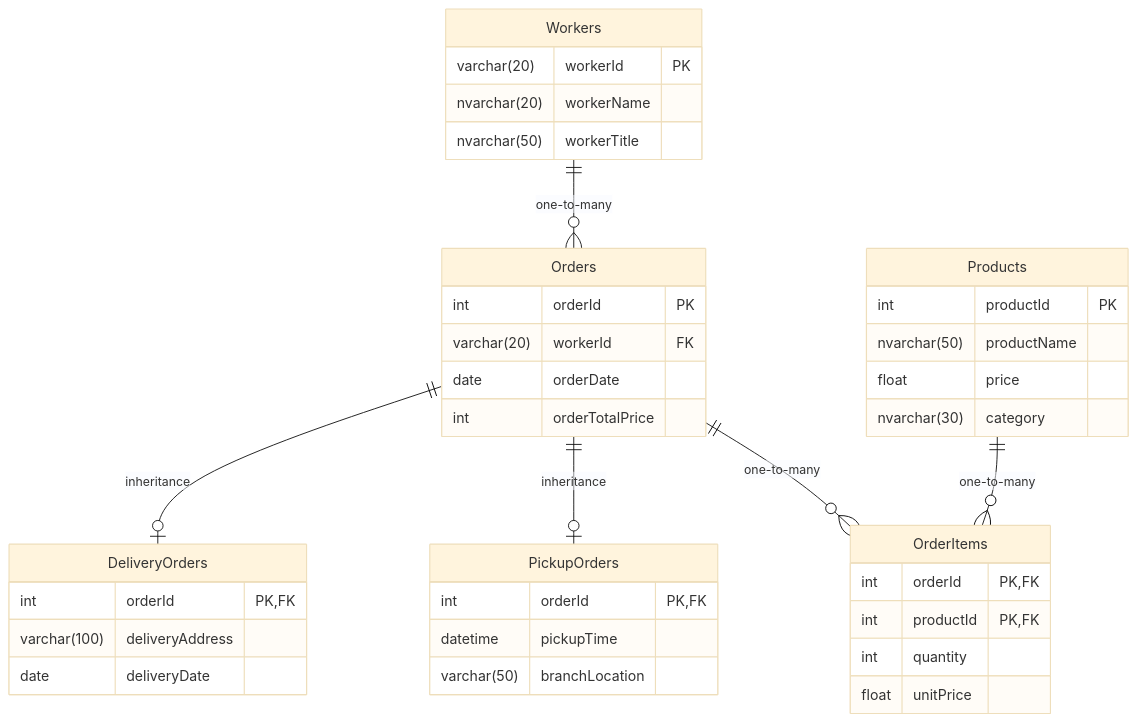
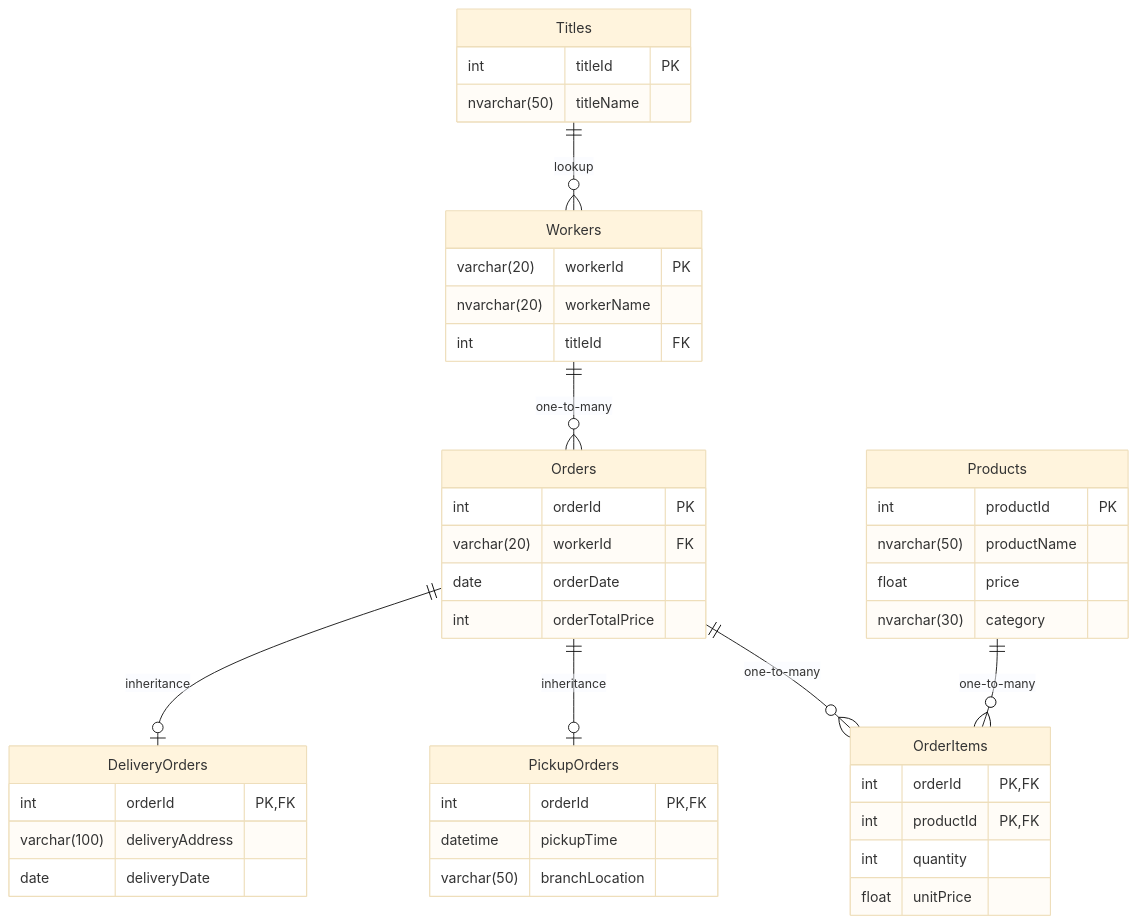
One commit to dcodish/SAD-sample-project changed the second of 3 diagrams in docs/09-diagrams.md. Above: the diagram before and after it, drawn with Mermaid (base theme). The commit also changed other lines of this file and 7 other files, not shown here.

````diff
--- a/docs/09-diagrams.md
+++ b/docs/09-diagrams.md
@@ -116,47 +122,53 @@
 ```mermaid
 erDiagram
+    Titles {
+        int titleId PK
+        nvarchar(50) titleName
+    }
+
     Workers {
         varchar(20) workerId PK
         nvarchar(20) workerName
-        nvarchar(50) workerTitle
+        int titleId FK
     }
 
     Orders {
         int orderId PK
         varchar(20) workerId FK
         date orderDate
         int orderTotalPrice
     }
 
     DeliveryOrders {
         int orderId PK,FK
         varchar(100) deliveryAddress
         date deliveryDate
     }
 
     PickupOrders {
         int orderId PK,FK
         datetime pickupTime
         varchar(50) branchLocation
     }
 
     Products {
         int productId PK
         nvarchar(50) productName
         float price
         nvarchar(30) category
     }
 
     OrderItems {
         int orderId PK,FK
         int productId PK,FK
         int quantity
         float unitPrice
     }
 
+    Titles ||--o{ Workers : "lookup"
     Workers ||--o{ Orders : "one-to-many"
     Orders ||--o| DeliveryOrders : "inheritance"
     Orders ||--o| PickupOrders : "inheritance"
     Orders ||--o{ OrderItems : "one-to-many"
     Products ||--o{ OrderItems : "one-to-many"
 ```
````
